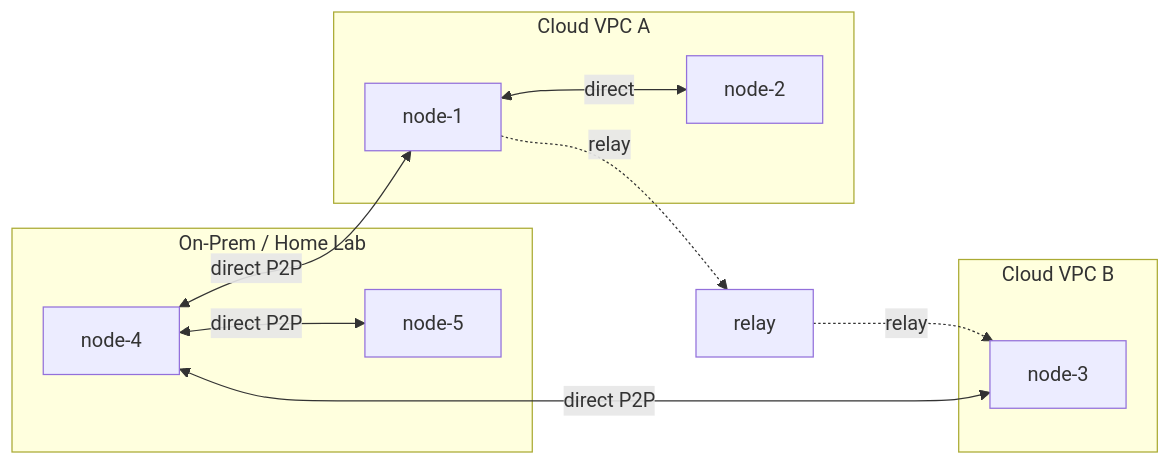
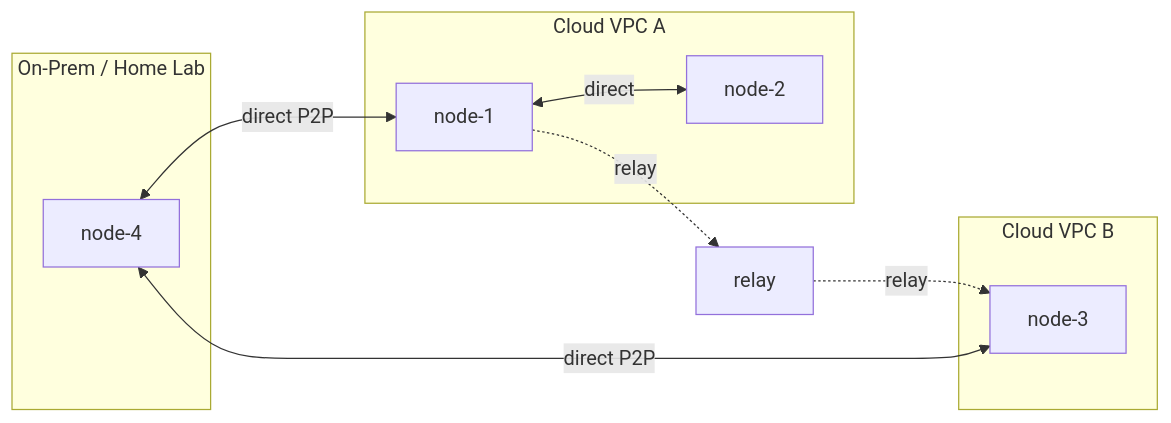
The diagram in docs/index.md (inerplat/wirekube), drawn with Mermaid before and after one commit. The commit also changed 2 other files, not shown here.

Commit message:
docs: improve README clarity and clean up WSL2 GPU guide
README:
- Replace single diagram with before/after comparison (without/with WireKube)
  to make the value proposition immediately clear at first glance

WSL2 GPU Node guide:
- Remove 'kubeadm join fails' from troubleshooting (environment-specific)
- Move toolkit exclusion from troubleshooting to Phase 5.1 with explanation
  (critical step that most users will encounter, not an edge case)
- Remove 'model selection by VRAM' tip (not relevant to the guide's purpose)
- Remove 'Appendix: Custom WSL2 Kernel' (default kernel 5.15+ has WireGuard)

````diff
--- a/docs/index.md
+++ b/docs/index.md
@@ -22,20 +22,18 @@
 ```mermaid
 flowchart LR
     subgraph VPC-A["Cloud VPC A"]
         N1[node-1]
         N2[node-2]
     end
     subgraph VPC-B["Cloud VPC B"]
         N3[node-3]
     end
     subgraph Home["On-Prem / Home Lab"]
         N4[node-4]
-        N5[node-5]
     end
     R[relay]
     N1 <-->|direct| N2
     N1 -.->|relay| R -.->|relay| N3
     N4 <-->|direct P2P| N1
     N4 <-->|direct P2P| N3
-    N4 <-->|direct P2P| N5
 ```
````
